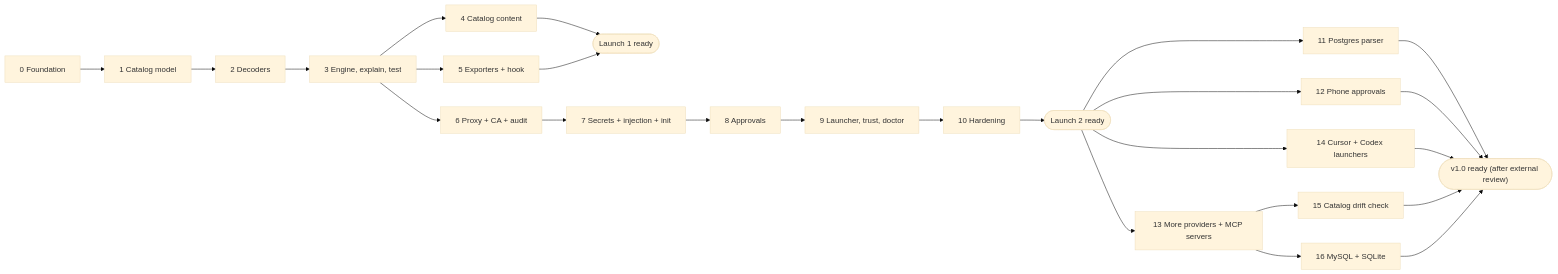
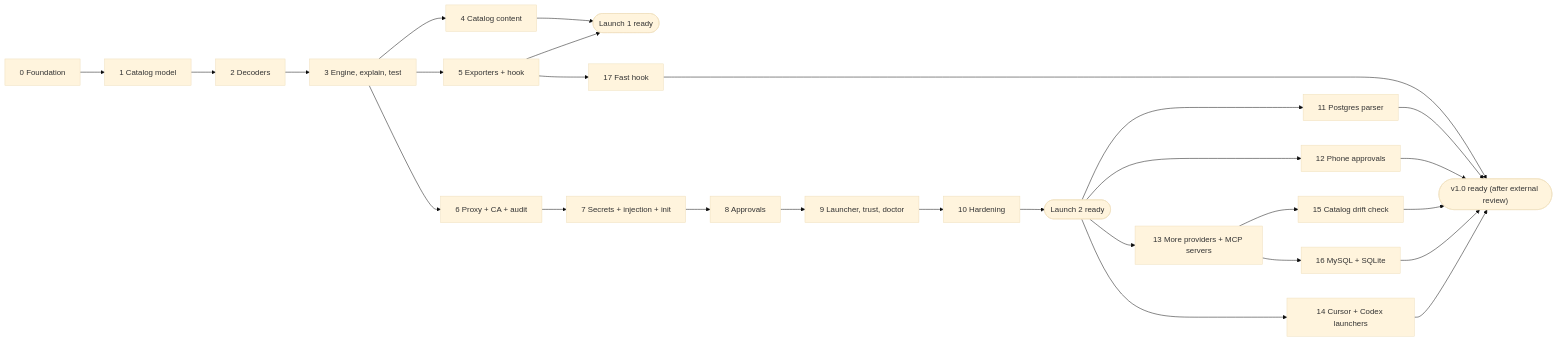
The second of 2 diagrams in docs/BUILD_PLAN.md (rakeshnitb23/opfence), drawn with Mermaid (base theme) before and after one commit. The commit also changed other lines of this file and 14 other files, not shown here.

````diff
--- a/docs/BUILD_PLAN.md
+++ b/docs/BUILD_PLAN.md
@@ -46,27 +46,29 @@
 ```mermaid
 flowchart LR
   S0["0 Foundation"] --> S1["1 Catalog model"]
   S1 --> S2["2 Decoders"]
   S2 --> S3["3 Engine, explain, test"]
   S3 --> S4["4 Catalog content"]
   S3 --> S5["5 Exporters + hook"]
   S4 --> L1(["Launch 1 ready"])
   S5 --> L1
   S3 --> S6["6 Proxy + CA + audit"]
   S6 --> S7["7 Secrets + injection + init"]
   S7 --> S8["8 Approvals"]
   S8 --> S9["9 Launcher, trust, doctor"]
   S9 --> S10["10 Hardening"]
   S10 --> L2(["Launch 2 ready"])
   L2 --> S11["11 Postgres parser"]
   L2 --> S12["12 Phone approvals"]
   L2 --> S13["13 More providers + MCP servers"]
   L2 --> S14["14 Cursor + Codex launchers"]
   S13 --> S15["15 Catalog drift check"]
   S13 --> S16["16 MySQL + SQLite"]
+  S5 --> S17["17 Fast hook"]
   S11 --> V1(["v1.0 ready (after external review)"])
   S12 --> V1
   S14 --> V1
   S15 --> V1
   S16 --> V1
+  S17 --> V1
 ```
````
